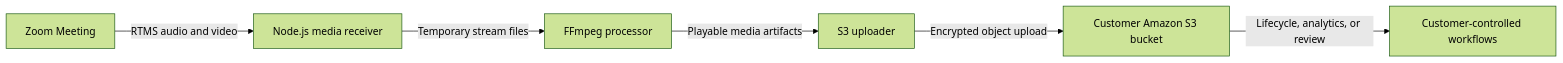
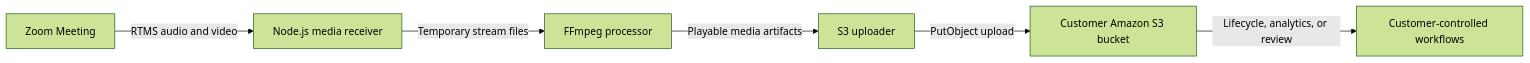
One commit to zoom/blueprints changed the diagram in blueprints/archive-meeting-media-to-s3/architecture.mmd. Above: the diagram before and after it, drawn with Mermaid (forest theme). The commit also changed 1 other file, not shown here.

```diff
--- a/blueprints/archive-meeting-media-to-s3/architecture.mmd
+++ b/blueprints/archive-meeting-media-to-s3/architecture.mmd
@@ -1,6 +1,6 @@
 flowchart LR
     A[Zoom Meeting] -->|RTMS audio and video| B[Node.js media receiver]
     B -->|Temporary stream files| C[FFmpeg processor]
     C -->|Playable media artifacts| D[S3 uploader]
-    D -->|Encrypted object upload| E[Customer Amazon S3 bucket]
+    D -->|PutObject upload| E[Customer Amazon S3 bucket]
     E -->|Lifecycle, analytics, or review| F[Customer-controlled workflows]
```
